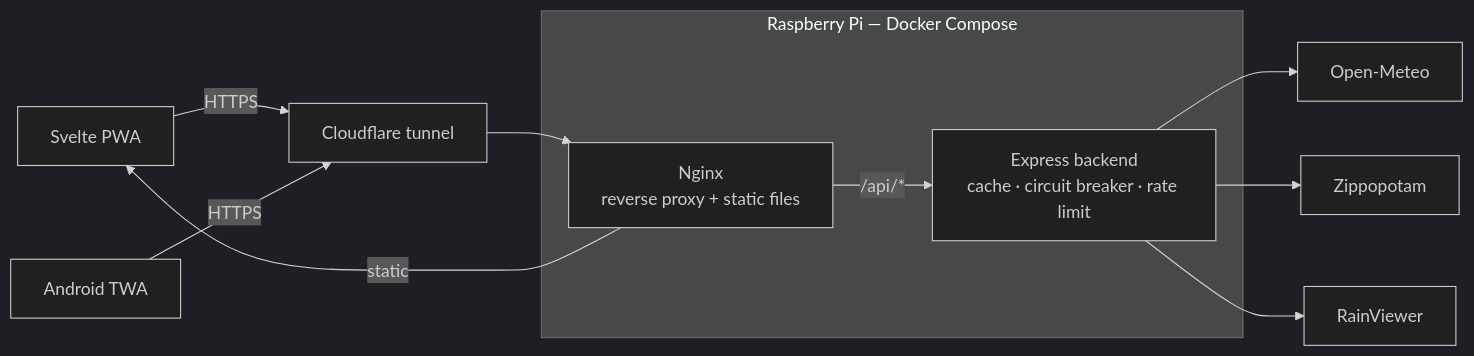
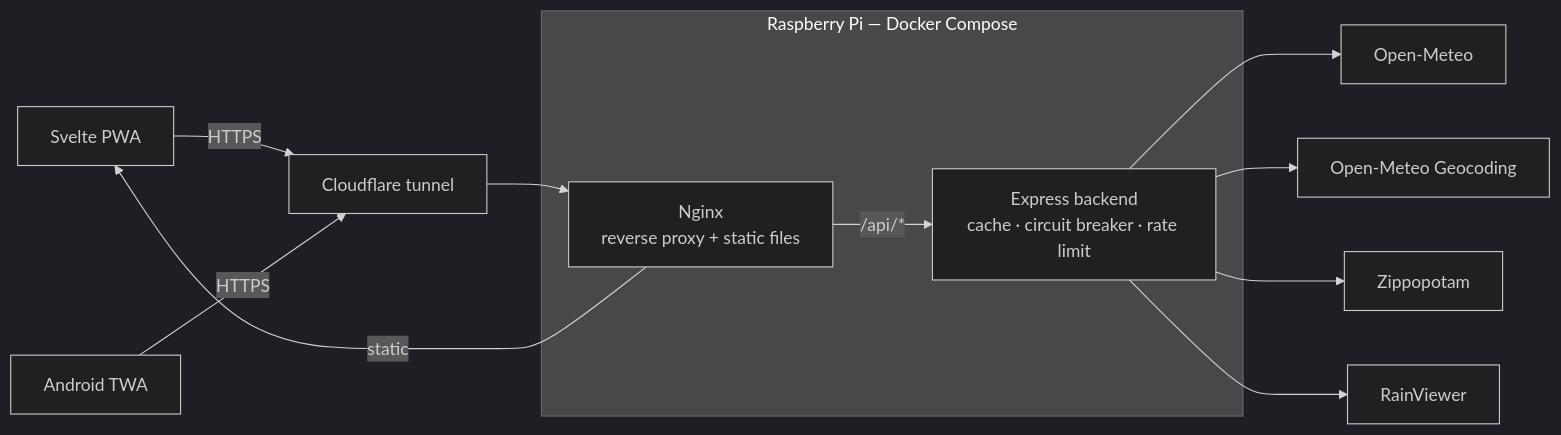
The diagram in docs/architecture.en.md (Alithiel31/WeatherQC), drawn with Mermaid (dark theme) before and after one commit. The commit also changed other lines of this file and 29 other files, not shown here.

````diff
--- a/docs/architecture.en.md
+++ b/docs/architecture.en.md
@@ -9,23 +9,25 @@
 ```mermaid
 flowchart LR
     PWA[Svelte PWA]
     TWA[Android TWA]
 
     subgraph RPI["Raspberry Pi — Docker Compose"]
         Nginx[Nginx<br/>reverse proxy + static files]
         Backend[Express backend<br/>cache · circuit breaker · rate limit]
     end
 
     OM[Open-Meteo]
+    OMG[Open-Meteo Geocoding]
     ZP[Zippopotam]
     RV[RainViewer]
 
     PWA -- HTTPS --> CF[Cloudflare tunnel]
     TWA -- HTTPS --> CF
     CF --> Nginx
     Nginx -- "/api/*" --> Backend
     Nginx -- static --> PWA
     Backend --> OM
+    Backend --> OMG
     Backend --> ZP
     Backend --> RV
 ```
````
